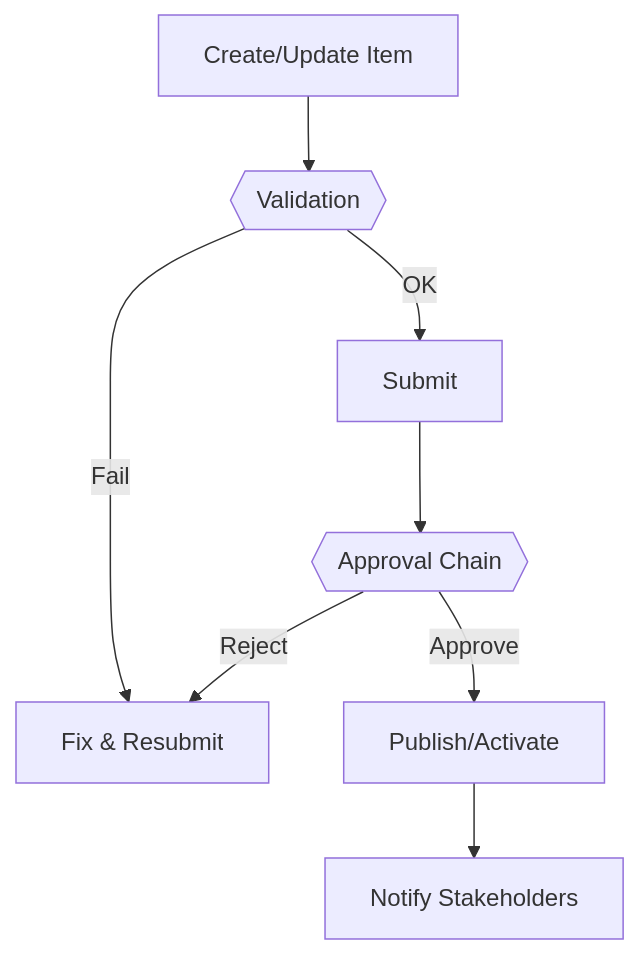
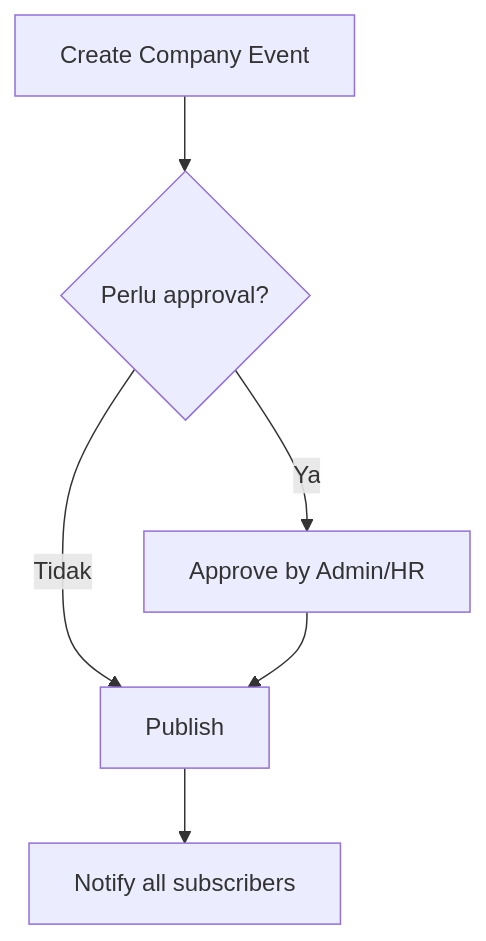
Before and after one commit to bontiharyanto/horiladoc: the diagram in docs/admin/admin-calendar.md, drawn with Mermaid. The commit also changed other lines of this file and 4 other files, not shown here.

Commit message:
docs: Calendar & Project graduated (user+admin), add flows/RBAC

````diff
--- a/docs/admin/admin-calendar.md
+++ b/docs/admin/admin-calendar.md
@@ -68,10 +13,8 @@
-```mermaid
+<div class="mermaid">
 flowchart TD
-  A[Create/Update Item] --> B{{Validation}}
-  B -->|OK| C[Submit]
-  B -->|Fail| X[Fix & Resubmit]
-  C --> D{{Approval Chain}}
-  D -->|Approve| E[Publish/Activate]
-  D -->|Reject| X
-  E --> F[Notify Stakeholders]
-```
+  A["Create Company Event"] --> B{"Perlu approval?"}
+  B -->|Ya| C["Approve by Admin/HR"]
+  B -->|Tidak| D["Publish"]
+  C --> D
+  D --> E["Notify all subscribers"]
+</div>
````
